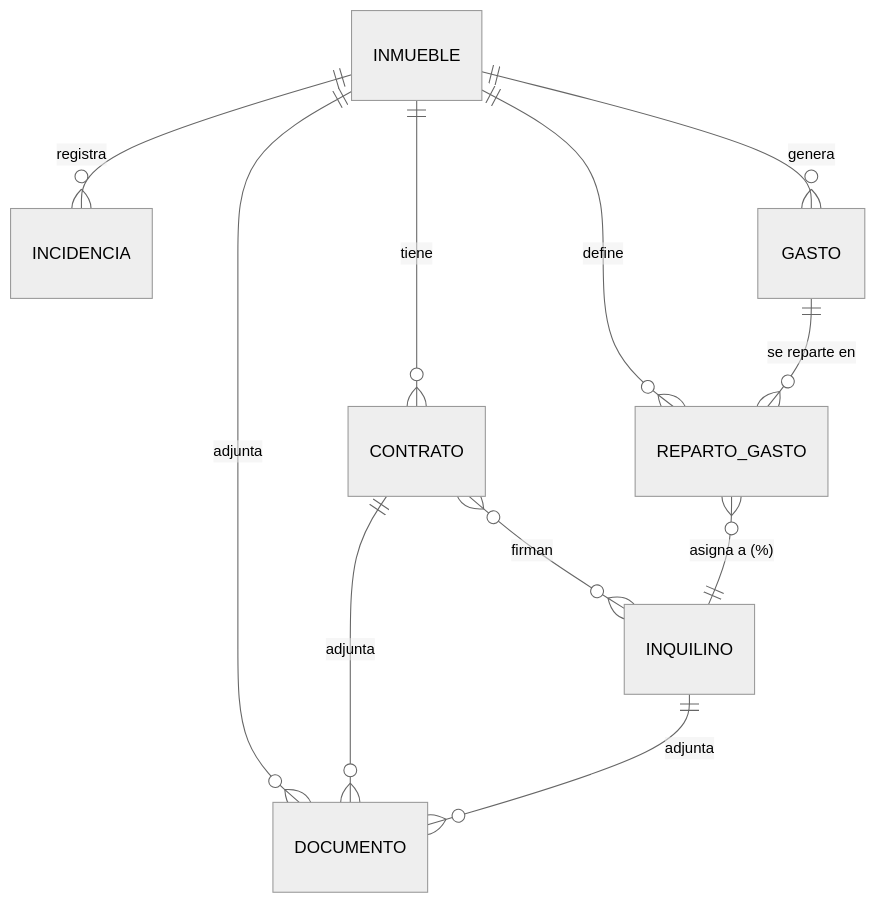
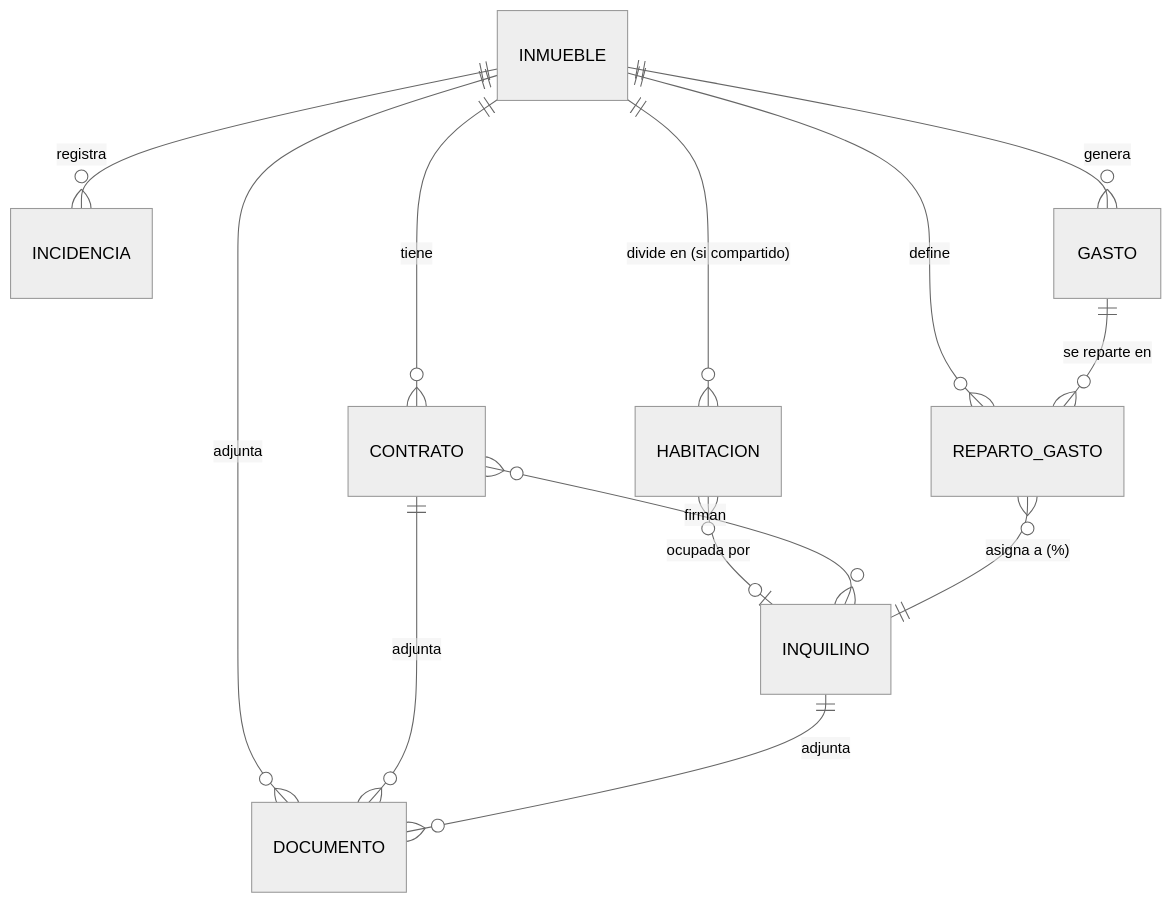
The second of 2 diagrams in docs/design/diseno-tecnico-funcional.md (naparito/Arantxator-flat-admin), drawn with Mermaid (neutral theme) before and after one commit. The commit also changed other lines of this file and 26 other files, not shown here.

````diff
--- a/docs/design/diseno-tecnico-funcional.md
+++ b/docs/design/diseno-tecnico-funcional.md
@@ -214,13 +240,15 @@
 ```mermaid
 erDiagram
     INMUEBLE ||--o{ CONTRATO : tiene
     INMUEBLE ||--o{ INCIDENCIA : registra
     INMUEBLE ||--o{ GASTO : genera
     INMUEBLE ||--o{ REPARTO_GASTO : define
+    INMUEBLE ||--o{ HABITACION : "divide en (si compartido)"
+    HABITACION }o--o| INQUILINO : "ocupada por"
     CONTRATO }o--o{ INQUILINO : firman
     GASTO ||--o{ REPARTO_GASTO : "se reparte en"
     REPARTO_GASTO }o--|| INQUILINO : "asigna a (%)"
     INMUEBLE ||--o{ DOCUMENTO : adjunta
     CONTRATO ||--o{ DOCUMENTO : adjunta
     INQUILINO ||--o{ DOCUMENTO : adjunta
 ```
````
